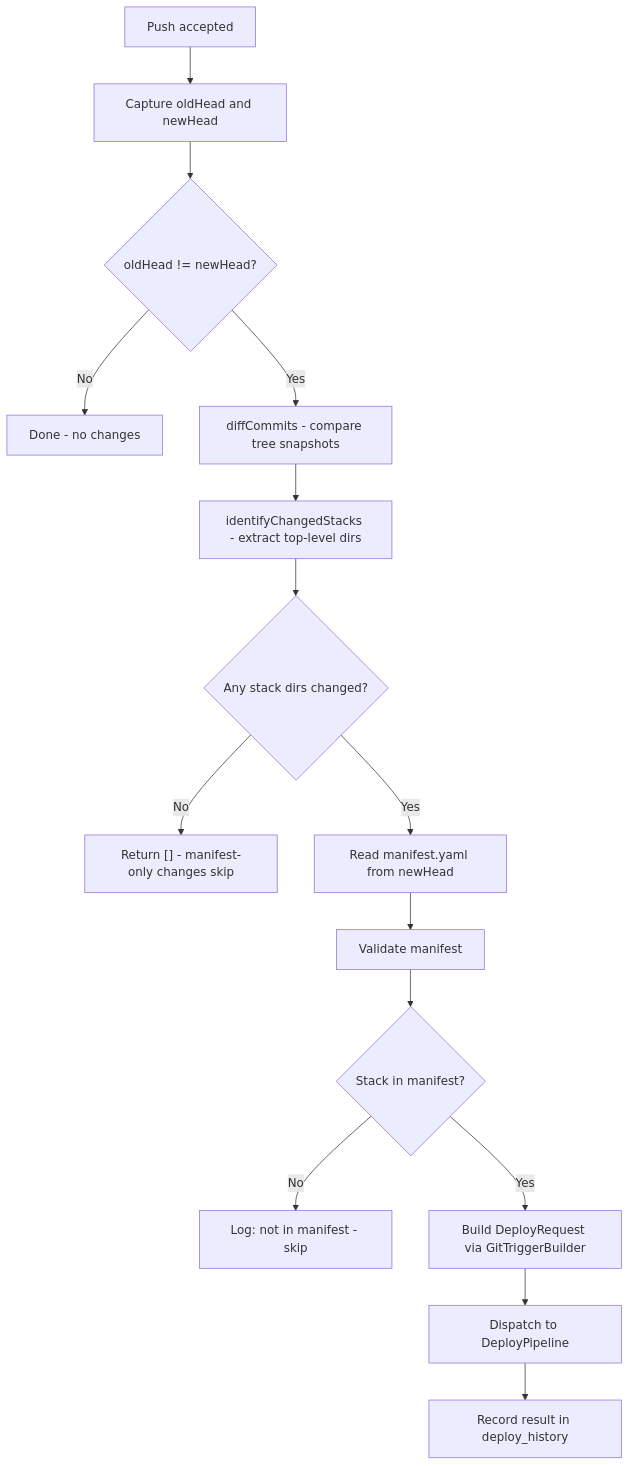
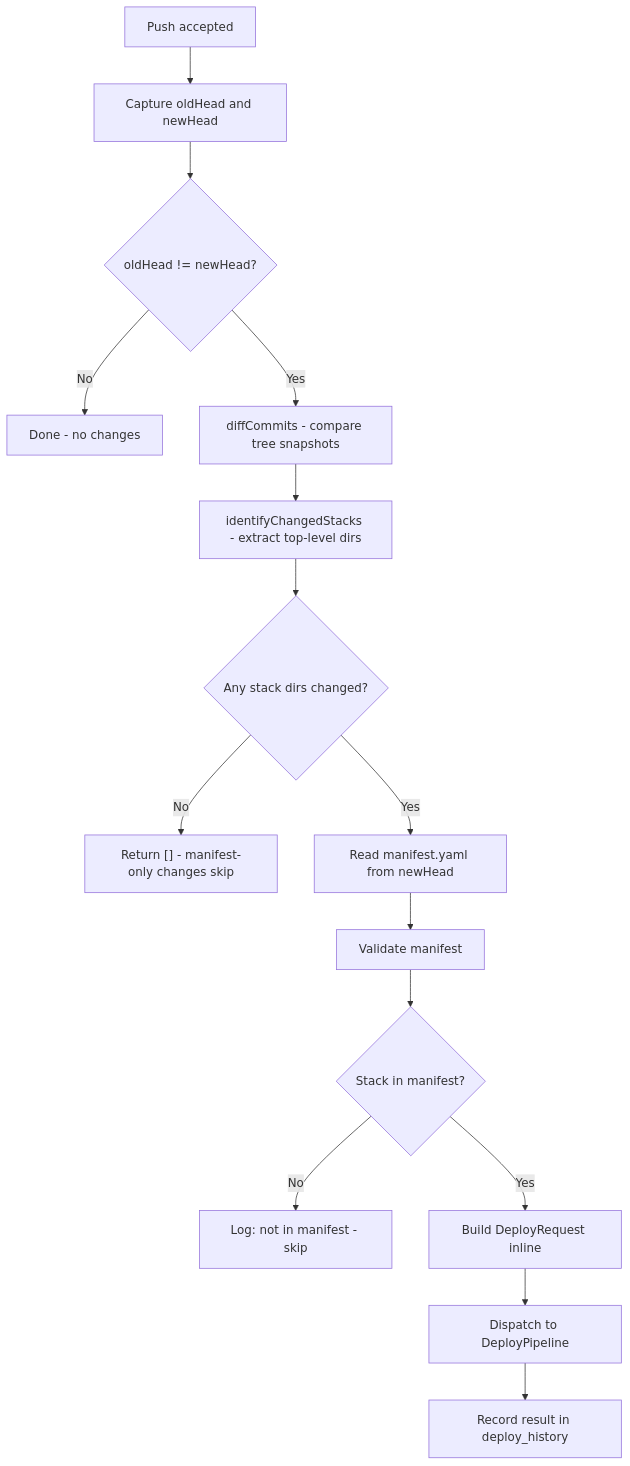
The fifth of 5 diagrams in docs/architecture.md (jaredglaser/homelab-manager), drawn with Mermaid before and after one commit. The commit also changed other lines of this file and 15 other files, not shown here.

First line of the commit message:
refactor(deploy): fold trigger builders into callers, relocate SecretResolver

````diff
--- a/docs/architecture.md
+++ b/docs/architecture.md
@@ -277,17 +277,17 @@
 ```mermaid
 flowchart TD
     A[Push accepted] --> B[Capture oldHead and newHead]
     B --> C{oldHead != newHead?}
     C -->|No| D[Done - no changes]
     C -->|Yes| E[diffCommits - compare tree snapshots]
     E --> F[identifyChangedStacks - extract top-level dirs]
     F --> G{Any stack dirs changed?}
     G -->|No| H["Return [] - manifest-only changes skip"]
     G -->|Yes| I[Read manifest.yaml from newHead]
     I --> J[Validate manifest]
     J --> K{Stack in manifest?}
     K -->|No| L[Log: not in manifest - skip]
-    K -->|Yes| M[Build DeployRequest via GitTriggerBuilder]
+    K -->|Yes| M[Build DeployRequest inline]
     M --> N[Dispatch to DeployPipeline]
     N --> O[Record result in deploy_history]
 ```
````
